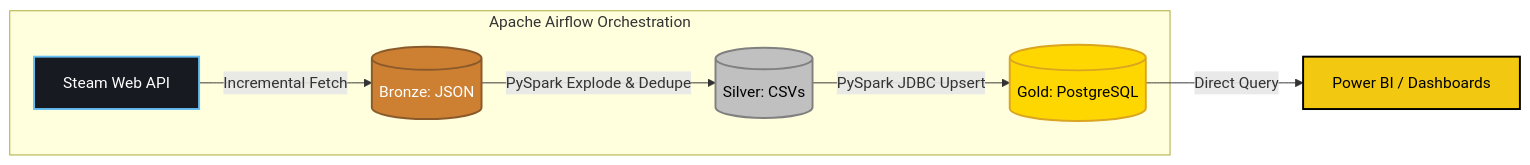
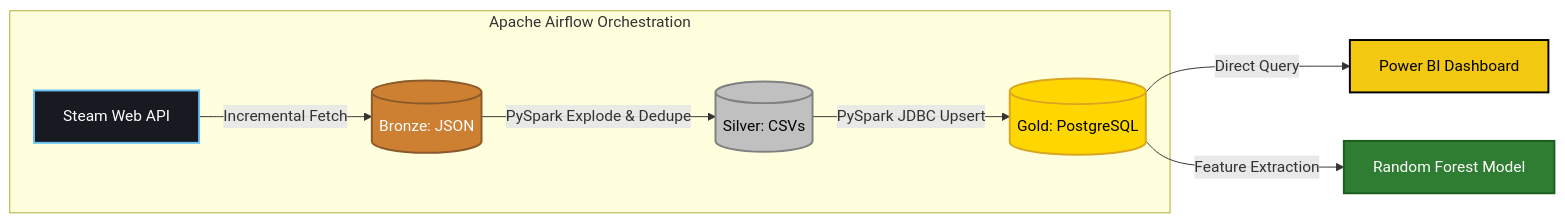
One commit to nhahub/NHA-4-081 changed the diagram in README.md. Above: the diagram before and after it, drawn with Mermaid. The commit also changed other lines of this file, not shown here.

````diff
--- a/README.md
+++ b/README.md
@@ -40,20 +51,22 @@
 ```mermaid
 flowchart LR
     A[Steam Web API] -- Incremental Fetch --> B[(Bronze: JSON)]
     B -- PySpark Explode & Dedupe --> C[(Silver: CSVs)]
     C -- PySpark JDBC Upsert --> D[(Gold: PostgreSQL)]
-    D -- Direct Query --> E[Power BI / Dashboards]
-    
+    D -- Direct Query --> E[Power BI Dashboard]
+    D -- Feature Extraction --> F[Random Forest Model]
+
     subgraph Apache Airflow Orchestration
         A
         B
         C
         D
     end
-    
+
     style A fill:#171a21,stroke:#66c0f4,stroke-width:2px,color:#fff
     style B fill:#cd7f32,stroke:#8b5a2b,stroke-width:2px,color:#fff
     style C fill:#c0c0c0,stroke:#808080,stroke-width:2px,color:#000
     style D fill:#ffd700,stroke:#daa520,stroke-width:2px,color:#000
     style E fill:#f2c811,stroke:#000,stroke-width:2px,color:#000
+    style F fill:#2e7d32,stroke:#1b5e20,stroke-width:2px,color:#fff
 ```
````
